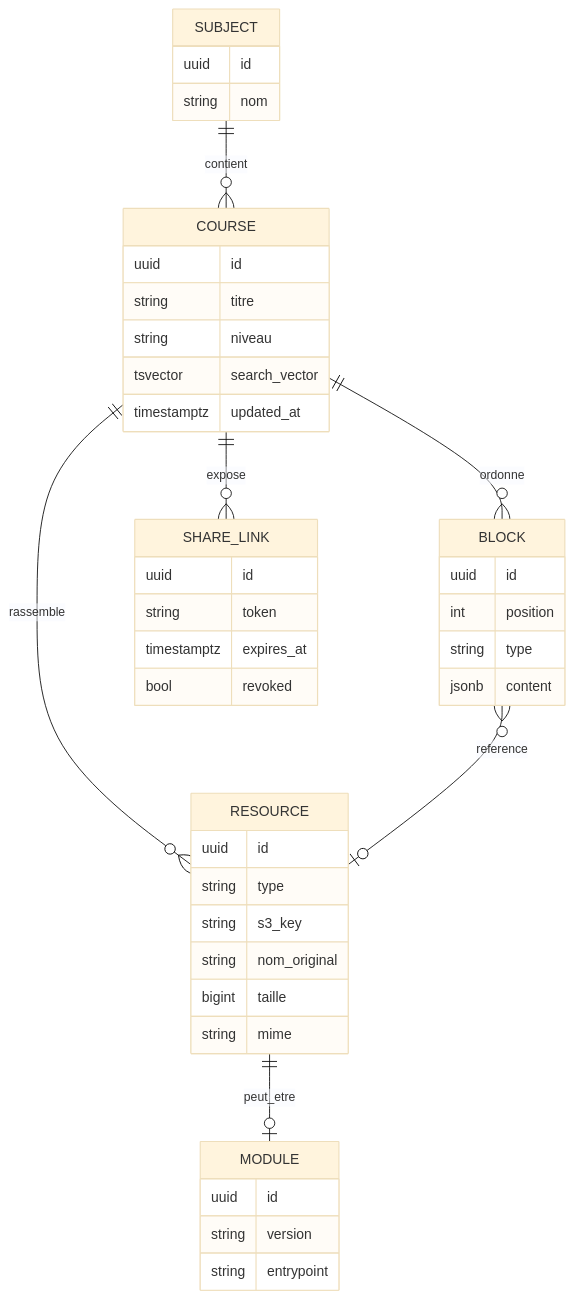
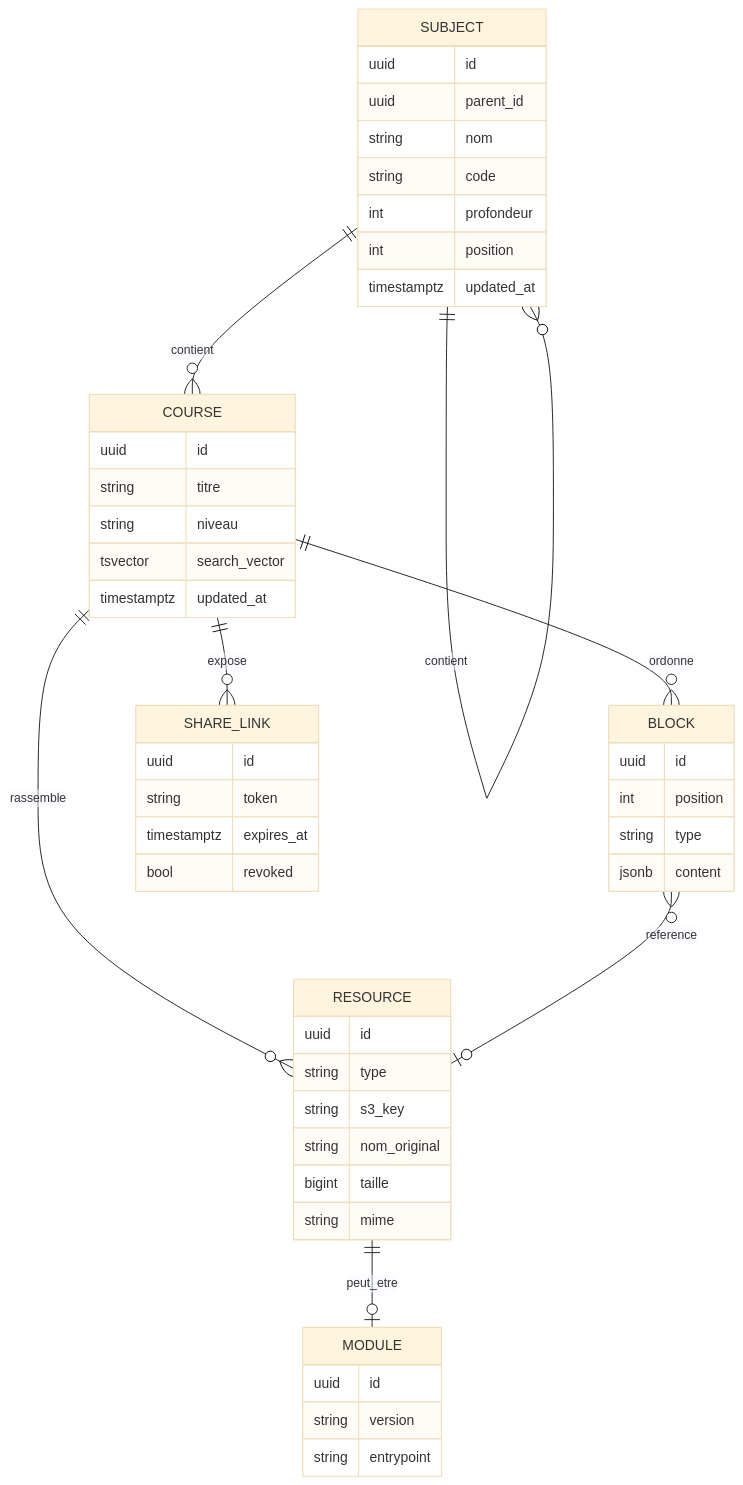
The second of 2 diagrams in Descriptions.md (flobatard/OpenCartableBack), drawn with Mermaid (base theme) before and after one commit. The commit also changed other lines of this file and 15 other files, not shown here.

````diff
--- a/Descriptions.md
+++ b/Descriptions.md
@@ -157,46 +157,52 @@
 ```mermaid
 erDiagram
+    SUBJECT ||--o{ SUBJECT : contient
     SUBJECT ||--o{ COURSE : contient
     COURSE  ||--o{ BLOCK : ordonne
     COURSE  ||--o{ RESOURCE : rassemble
     BLOCK   }o--o| RESOURCE : reference
     COURSE  ||--o{ SHARE_LINK : expose
     RESOURCE ||--o| MODULE : peut_etre
 
     SUBJECT {
       uuid id
+      uuid parent_id
       string nom
+      string code
+      int profondeur
+      int position
+      timestamptz updated_at
     }
     COURSE {
       uuid id
       string titre
       string niveau
       tsvector search_vector
       timestamptz updated_at
     }
     BLOCK {
       uuid id
       int position
       string type
       jsonb content
     }
     RESOURCE {
       uuid id
       string type
       string s3_key
       string nom_original
       bigint taille
       string mime
     }
     MODULE {
       uuid id
       string version
       string entrypoint
     }
     SHARE_LINK {
       uuid id
       string token
       timestamptz expires_at
       bool revoked
     }
 ```
````
